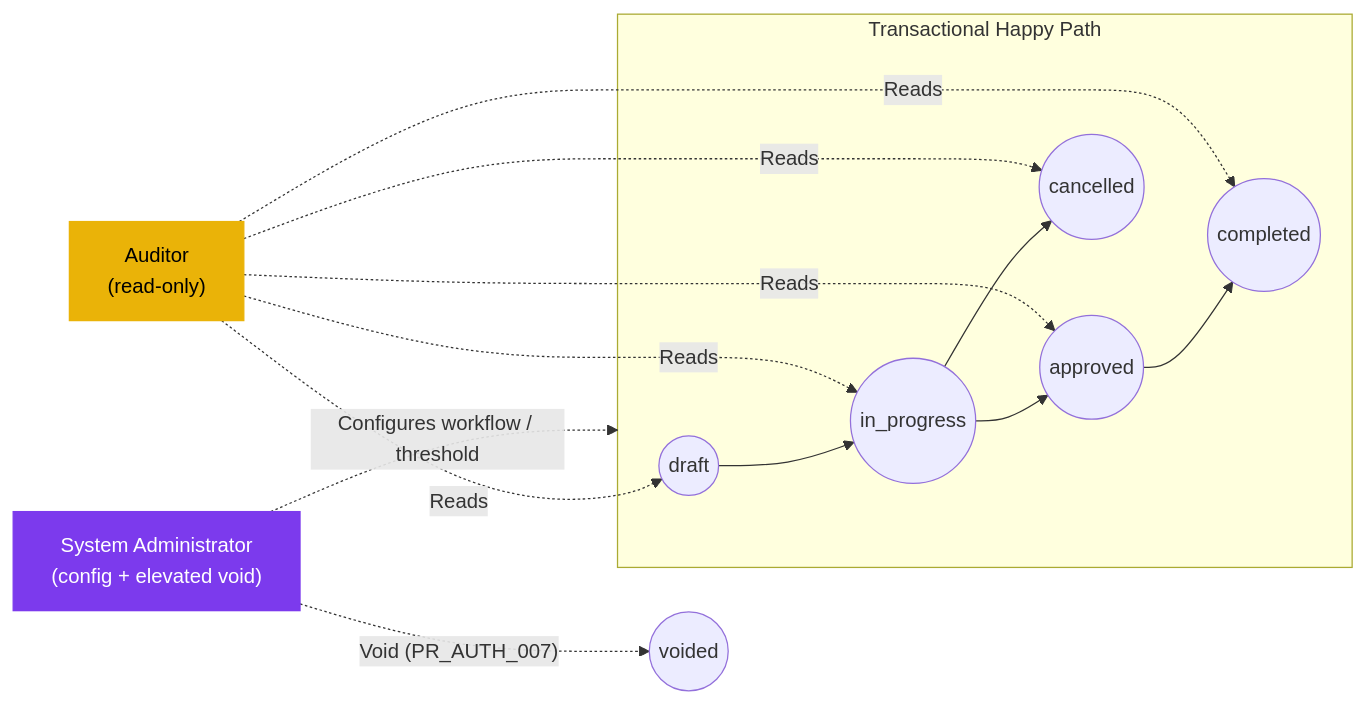
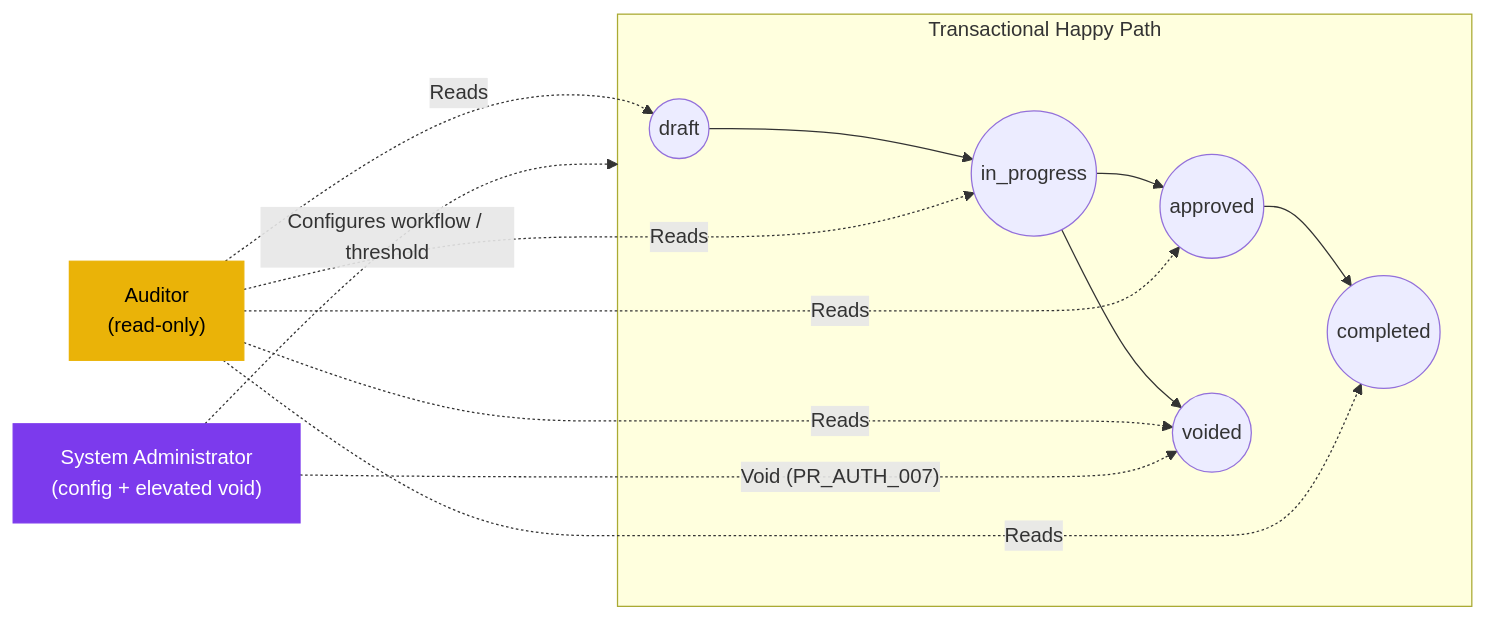
Before and after one commit to CarmenSoftware-organization/carmen-wiki: the diagram in en/inventory/purchase-request/03-user-flow-audit-config.md, drawn with Mermaid. The commit also changed other lines of this file and 67 other files, not shown here.

First line of the commit message:
docs(enums): sync wiki with tenant Prisma schema 2026-05-19 batch

````diff
--- a/en/inventory/purchase-request/03-user-flow-audit-config.md
+++ b/en/inventory/purchase-request/03-user-flow-audit-config.md
@@ -23,18 +23,18 @@
 ```mermaid
 graph LR
     subgraph transactional["Transactional Happy Path"]
         draft(("draft")) --> inprog(("in_progress"))
         inprog --> approved(("approved"))
         approved --> completed(("completed"))
-        inprog --> cancelled(("cancelled"))
+        inprog --> voided(("voided"))
     end
     auditor["Auditor<br/>(read-only)"]:::audit -.->|"Reads"| draft
     auditor -.->|"Reads"| inprog
     auditor -.->|"Reads"| approved
     auditor -.->|"Reads"| completed
-    auditor -.->|"Reads"| cancelled
+    auditor -.->|"Reads"| voided
     sysadmin["System Administrator<br/>(config + elevated void)"]:::cfg -.->|"Configures workflow / threshold"| transactional
     sysadmin -.->|"Void (PR_AUTH_007)"| voided(("voided"))
     classDef audit fill:#eab308,color:#000,stroke:#eab308;
     classDef cfg fill:#7c3aed,color:#fff,stroke:#7c3aed;
 ```
````
